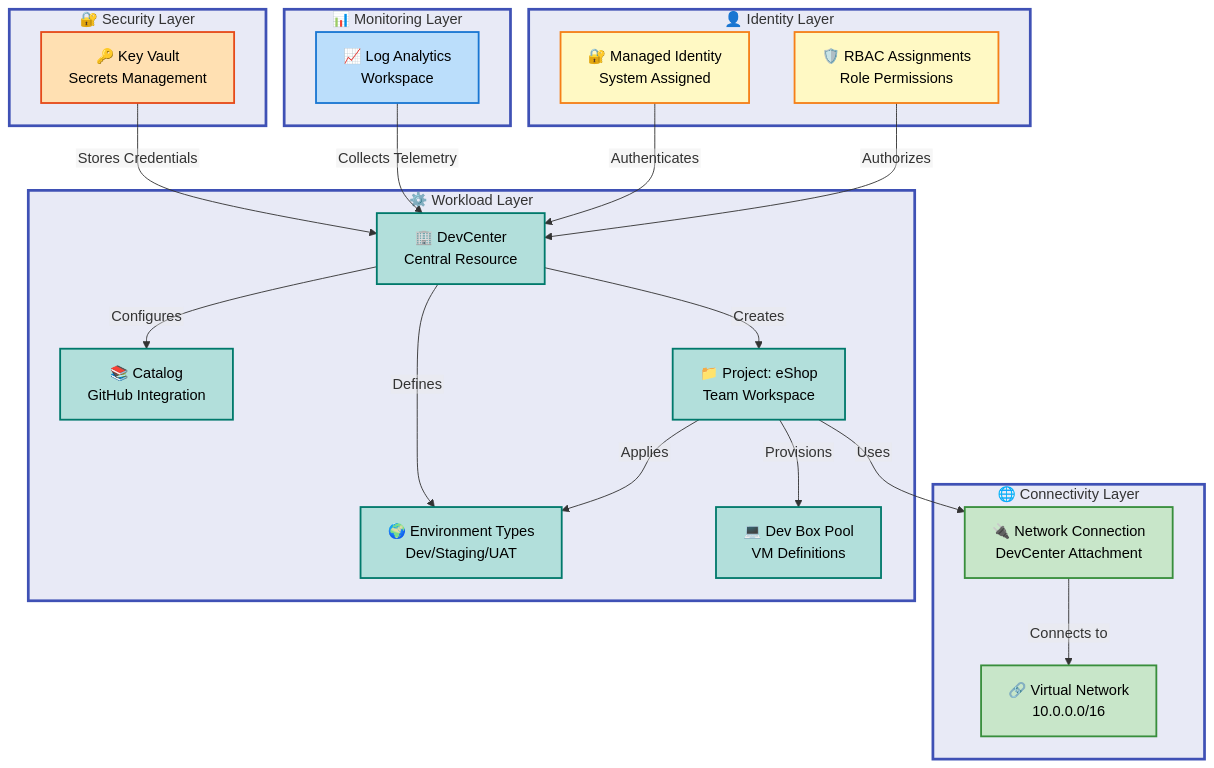
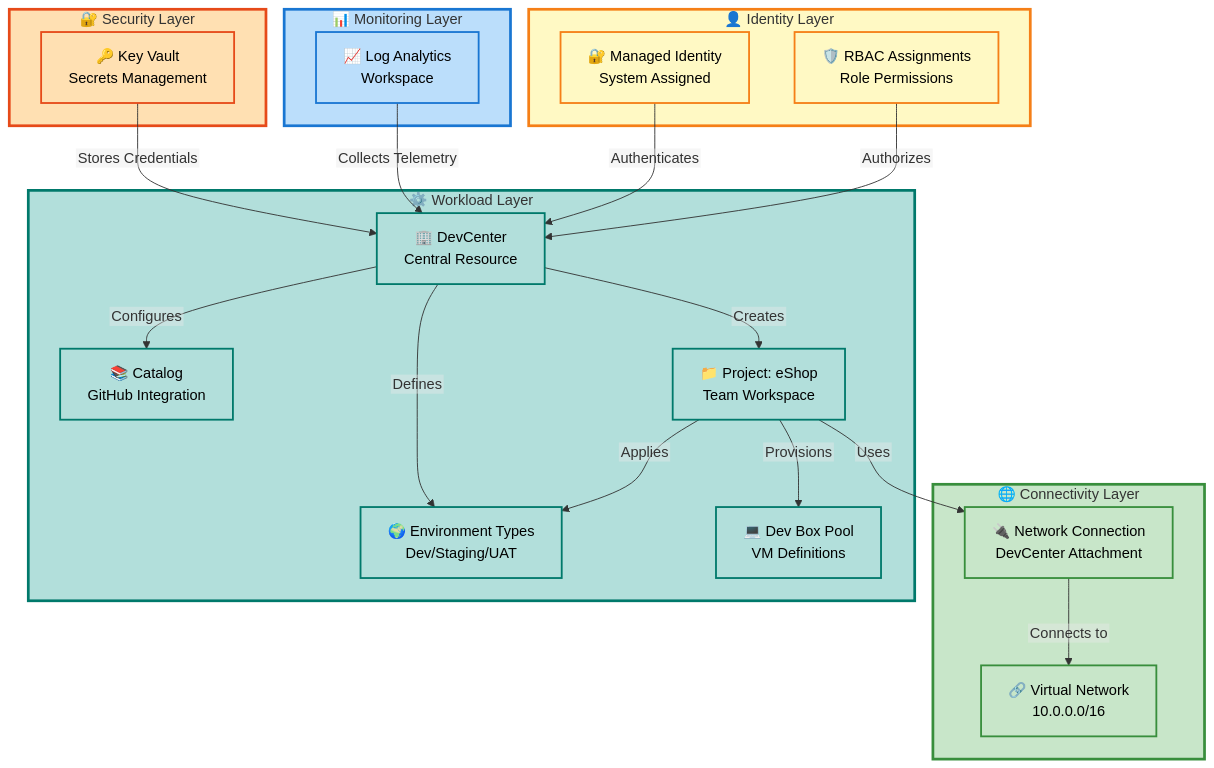
One commit to Evilazaro/DevExp-DevBox changed the diagram in README.md. Above: the diagram before and after it, drawn with Mermaid.

Commit message:
refactor: update color scheme in flowchart for improved clarity and compliance

````diff
--- a/README.md
+++ b/README.md
@@ -96,72 +96,73 @@
 ```mermaid
 ---
 config:
   flowchart:
     htmlLabels: false
 ---
 flowchart TB
     accTitle: DevExp-DevBox Architecture
     accDescr: Four-layer architecture showing security, monitoring, connectivity, and workload components
 
     %% ============================================
-    %% STANDARD COLOR SCHEME v2.1 - Material Design Compliant
+    %% STANDARD COLOR SCHEME v2.8.0 - Material Design Compliant
     %% ============================================
-    %% HIERARCHICAL (structural nesting):
-    %%   Level 1: #E8EAF6 (Indigo 50) - Main container
-    %% SEMANTIC (functional purpose):
-    %%   Blue=#BBDEFB (Info), Green=#C8E6C9 (Success),
-    %%   Orange=#FFE0B2 (Validate), Teal=#B2DFDB (Data),
-    %%   Yellow=#FFF9C4 (Config)
+    %% SEMANTIC COLORS (functional siblings - different purposes):
+    %%   Orange=#FFE0B2 (Security Layer)
+    %%   Blue=#BBDEFB (Monitoring Layer)
+    %%   Green=#C8E6C9 (Connectivity Layer)
+    %%   Teal=#B2DFDB (Workload Layer)
+    %%   Yellow=#FFF9C4 (Identity Layer)
+    %% Material Design 100-level palette with WCAG AA compliance
     %% ============================================
 
     subgraph Security["🔐 Security Layer"]
         kv["🔑 Key Vault<br/>Secrets Management"]:::mdOrange
     end
 
     subgraph Monitoring["📊 Monitoring Layer"]
         law["📈 Log Analytics<br/>Workspace"]:::mdBlue
     end
 
     subgraph Connectivity["🌐 Connectivity Layer"]
         vnet["🔗 Virtual Network<br/>10.0.0.0/16"]:::mdGreen
         nc["🔌 Network Connection<br/>DevCenter Attachment"]:::mdGreen
     end
 
     subgraph Workload["⚙️ Workload Layer"]
         dc["🏢 DevCenter<br/>Central Resource"]:::mdTeal
         cat["📚 Catalog<br/>GitHub Integration"]:::mdTeal
         et["🌍 Environment Types<br/>Dev/Staging/UAT"]:::mdTeal
         proj["📁 Project: eShop<br/>Team Workspace"]:::mdTeal
         pool["💻 Dev Box Pool<br/>VM Definitions"]:::mdTeal
     end
 
     subgraph Identity["👤 Identity Layer"]
         mi["🔐 Managed Identity<br/>System Assigned"]:::mdYellow
         rbac["🛡️ RBAC Assignments<br/>Role Permissions"]:::mdYellow
     end
 
     kv -->|"Stores Credentials"| dc
     law -->|"Collects Telemetry"| dc
     mi -->|"Authenticates"| dc
     rbac -->|"Authorizes"| dc
     dc -->|"Configures"| cat
     dc -->|"Defines"| et
     dc -->|"Creates"| proj
     proj -->|"Uses"| nc
     nc -->|"Connects to"| vnet
     proj -->|"Provisions"| pool
     proj -->|"Applies"| et
 
     classDef level1Group fill:#E8EAF6,stroke:#3F51B5,stroke-width:3px,color:#000
     classDef mdOrange fill:#FFE0B2,stroke:#E64A19,stroke-width:2px,color:#000
     classDef mdBlue fill:#BBDEFB,stroke:#1976D2,stroke-width:2px,color:#000
     classDef mdGreen fill:#C8E6C9,stroke:#388E3C,stroke-width:2px,color:#000
     classDef mdTeal fill:#B2DFDB,stroke:#00796B,stroke-width:2px,color:#000
     classDef mdYellow fill:#FFF9C4,stroke:#F57F17,stroke-width:2px,color:#000
 
-    style Security fill:#E8EAF6,stroke:#3F51B5,stroke-width:3px
-    style Monitoring fill:#E8EAF6,stroke:#3F51B5,stroke-width:3px
-    style Connectivity fill:#E8EAF6,stroke:#3F51B5,stroke-width:3px
-    style Workload fill:#E8EAF6,stroke:#3F51B5,stroke-width:3px
-    style Identity fill:#E8EAF6,stroke:#3F51B5,stroke-width:3px
+    style Security fill:#FFE0B2,stroke:#E64A19,stroke-width:3px
+    style Monitoring fill:#BBDEFB,stroke:#1976D2,stroke-width:3px
+    style Connectivity fill:#C8E6C9,stroke:#388E3C,stroke-width:3px
+    style Workload fill:#B2DFDB,stroke:#00796B,stroke-width:3px
+    style Identity fill:#FFF9C4,stroke:#F57F17,stroke-width:3px
 ```
````
